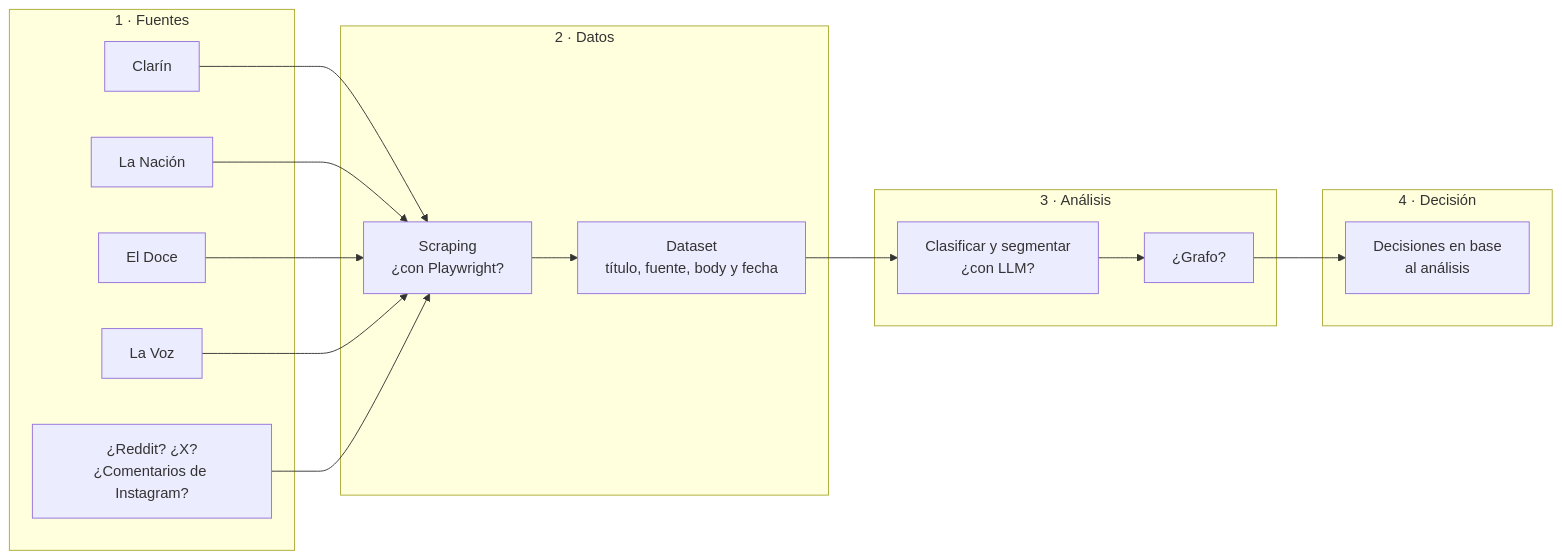
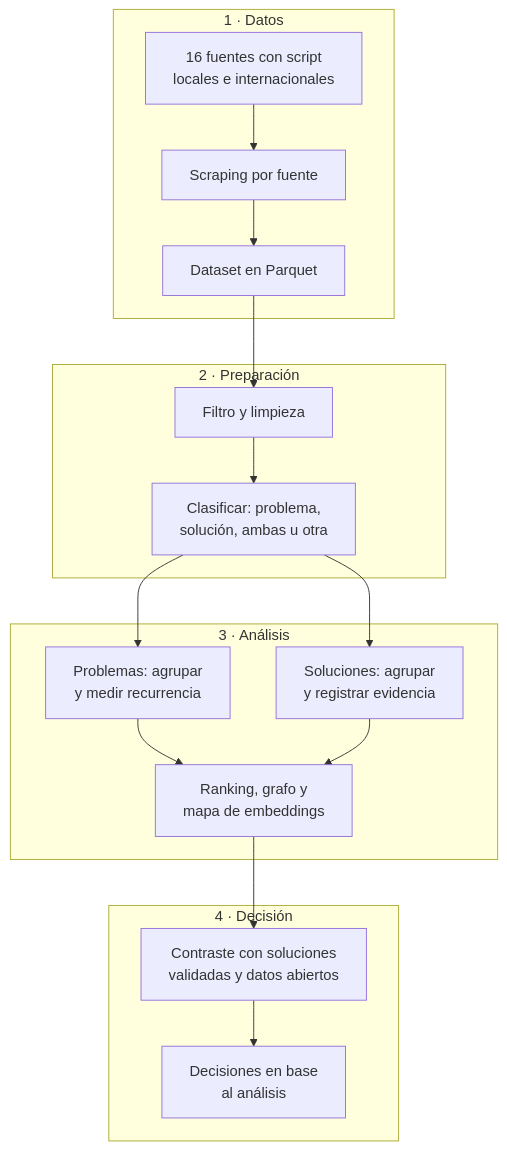
The second of 2 diagrams in README.md (NachoSamo/pipeline-decision-data), drawn with Mermaid before and after one commit. The commit also changed other lines of this file and 23 other files, not shown here.

````diff
--- a/README.md
+++ b/README.md
@@ -104,31 +109,27 @@
 ```mermaid
-flowchart LR
-    subgraph Fuentes["1 · Fuentes"]
-        A["Clarín"]
-        B["La Nación"]
-        C["El Doce"]
-        D["La Voz"]
-        E["¿Reddit? ¿X?<br/>¿Comentarios de Instagram?"]
+flowchart TB
+    subgraph Datos["1 · Datos"]
+        A["16 fuentes con script<br/>locales e internacionales"] --> B["Scraping por fuente"] --> C["Dataset en Parquet"]
     end
 
-    subgraph Datos["2 · Datos"]
-        F["Scraping<br/>¿con Playwright?"]
-        G["Dataset<br/>título, fuente, body y fecha"]
+    subgraph Preparacion["2 · Preparación"]
+        D["Filtro y limpieza"] --> E["Clasificar: problema,<br/>solución, ambas u otra"]
     end
 
     subgraph Analisis["3 · Análisis"]
-        H["Clasificar y segmentar<br/>¿con LLM?"]
-        I["¿Grafo?"]
+        F["Problemas: agrupar<br/>y medir recurrencia"]
+        G["Soluciones: agrupar<br/>y registrar evidencia"]
+        H["Ranking, grafo y<br/>mapa de embeddings"]
+        F --> H
+        G --> H
     end
 
     subgraph Decision["4 · Decisión"]
-        J["Decisiones en base<br/>al análisis"]
+        I["Contraste con soluciones<br/>validadas y datos abiertos"] --> J["Decisiones en base<br/>al análisis"]
     end
 
-    A --> F
-    B --> F
-    C --> F
-    D --> F
+    C --> D
     E --> F
-    F --> G --> H --> I --> J
+    E --> G
+    H --> I
 ```
````
